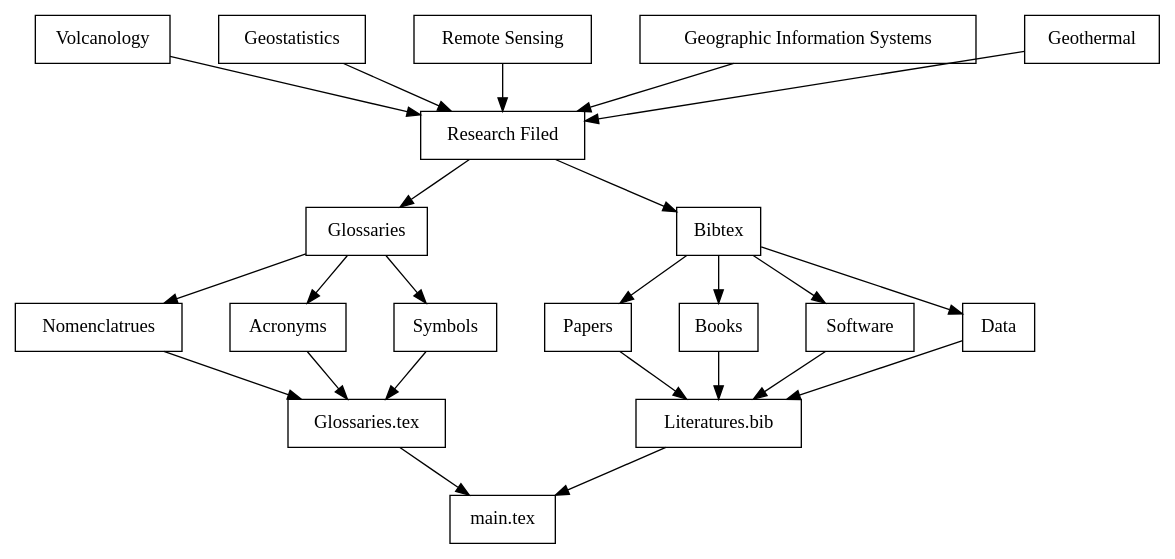
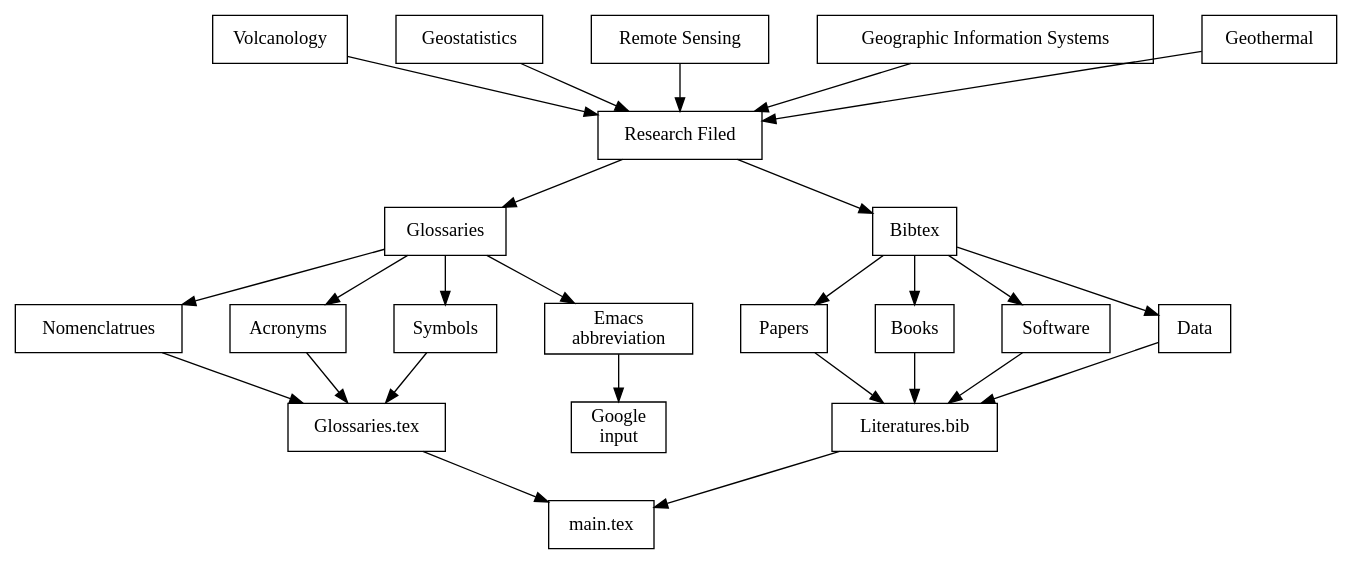
Before and after one commit to bwtian/glossaR: the first of 2 diagrams in note/glossaR.org, drawn with Graphviz. The commit also changed other lines of this file and 1 other file, not shown here.

Commit message:
- ‘note/.#glossaR.org’ / ‘note/glossaR.org’

```diff
--- a/note/glossaR.org
+++ b/note/glossaR.org
@@ -45,31 +45,34 @@
-#+BEGIN_SRC dot :file ./glossaRWorkflow.pdf  
+#+BEGIN_SRC dot :file ./glossaRWorkflow.svg  
   digraph { 
           fontname="Times"; 
           fontsize = 12; 
           splines = false; 
           ranksep = 0.5; 
           nodesep = 0.5; 
           node [shape = box] 
           //1. set node 
           vol [label = "Volcanology"]
           gs [label = "Geostatistics"]
           rs [label = "Remote Sensing"]
           gis [label = "Geographic Information Systems"]
           gt [label = "Geothermal"]
           study [label = "Research Filed"]
           gls [label = "Glossaries"]
           nomencl[label = "Nomenclatrues"]
           acro [label = "Acronyms"]
           symbol [label = "Symbols"]
           bib [label = "Bibtex"]
           glsfile[label = "Glossaries.tex"]
           bibfile[label = "Literatures.bib"]
           main [label = "main.tex"]
           //2. set path 
+
           {gs, gis, rs, gt, vol} -> study -> {gls, bib}
+          gls -> "Emacs \n abbreviation" -> "Google \n input"
           gls -> {nomencl, acro, symbol} -> glsfile -> main
+
           bib -> {"Papers", "Books", "Software", "Data"} -> bibfile -> main
           //3. set rank 
           {rank = same; gs, gis, rs, gt} 
   }
 #+END_SRC
```
